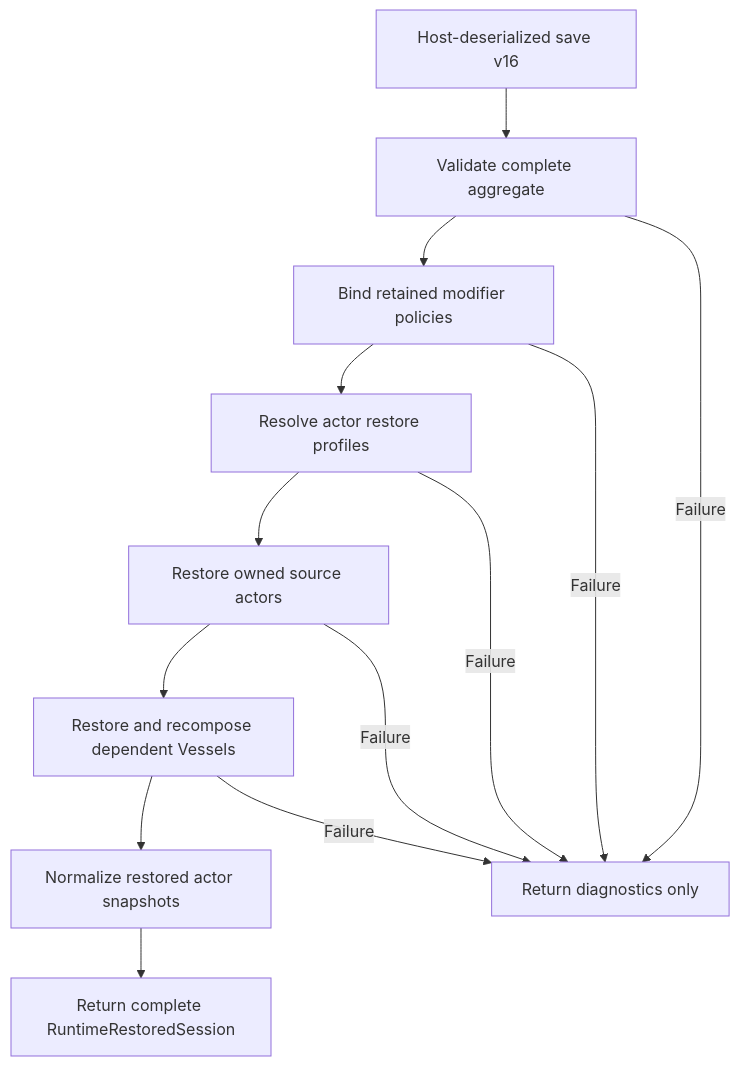
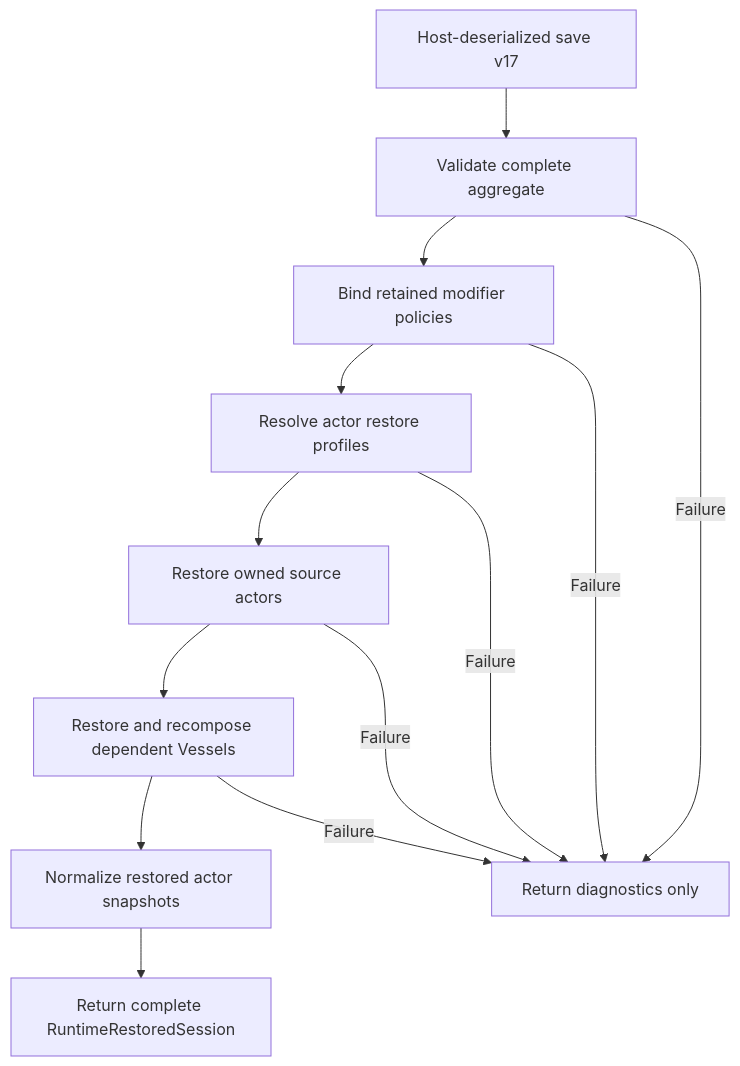
The fifth of 5 diagrams in docs/developer-guide/actors-and-runtime-state.md (KayelC/Convergence), drawn with Mermaid before and after one commit. The commit also changed other lines of this file and 134 other files, not shown here.

````diff
--- a/docs/developer-guide/actors-and-runtime-state.md
+++ b/docs/developer-guide/actors-and-runtime-state.md
@@ -353,15 +353,15 @@
 ```mermaid
 flowchart TD
-    Save["Host-deserialized save v16"] --> Validate["Validate complete aggregate"]
+    Save["Host-deserialized save v17"] --> Validate["Validate complete aggregate"]
     Validate --> Modifiers["Bind retained modifier policies"]
     Modifiers --> Profiles["Resolve actor restore profiles"]
     Profiles --> Sources["Restore owned source actors"]
     Sources --> Vessels["Restore and recompose dependent Vessels"]
     Vessels --> Normalize["Normalize restored actor snapshots"]
     Normalize --> Session["Return complete RuntimeRestoredSession"]
     Validate -->|Failure| Reject["Return diagnostics only"]
     Modifiers -->|Failure| Reject
     Profiles -->|Failure| Reject
     Sources -->|Failure| Reject
     Vessels -->|Failure| Reject
 ```
````
